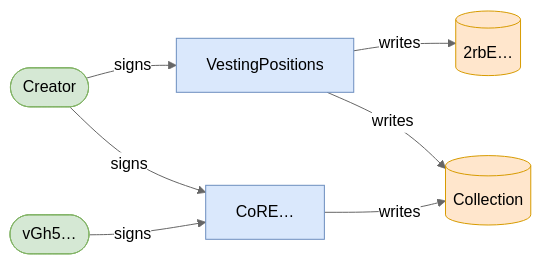
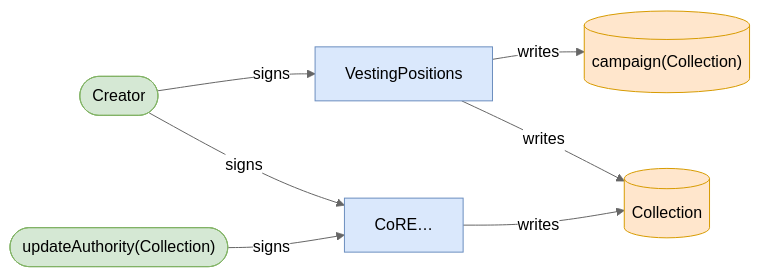
One commit to cds-turbin3/vesting-position changed the eighth of 12 diagrams in babelfish-tests/test-report/collection_freeze_does_not_block_existing_transferable_positions.md. Above: the diagram before and after it, drawn with Mermaid (neutral theme). The commit also changed other lines of this file and 51 other files, not shown here.

````diff
--- a/babelfish-tests/test-report/collection_freeze_does_not_block_existing_transferable_positions.md
+++ b/babelfish-tests/test-report/collection_freeze_does_not_block_existing_transferable_positions.md
@@ -404,18 +351,18 @@
 ```mermaid
 flowchart LR
     VestingPositions["VestingPositions"]:::program
     Creator(["Creator"]):::signer
-    2rbE[("2rbE…")]:::state
+    campaignCollection[("campaign(Collection)")]:::state
     Collection[("Collection")]:::state
     CoRE["CoRE…"]:::program
-    vGh5(["vGh5…"]):::signer
+    updateAuthorityCollection(["updateAuthority(Collection)"]):::signer
     Creator -->|signs| VestingPositions
-    VestingPositions -->|writes| 2rbE
+    VestingPositions -->|writes| campaignCollection
     VestingPositions -->|writes| Collection
     CoRE -->|writes| Collection
     Creator -->|signs| CoRE
-    vGh5 -->|signs| CoRE
+    updateAuthorityCollection -->|signs| CoRE
     classDef program fill:#dae8fc,stroke:#6c8ebf;
     classDef signer fill:#d5e8d4,stroke:#82b366;
     classDef state fill:#ffe6cc,stroke:#d79b00;
 ```
````
